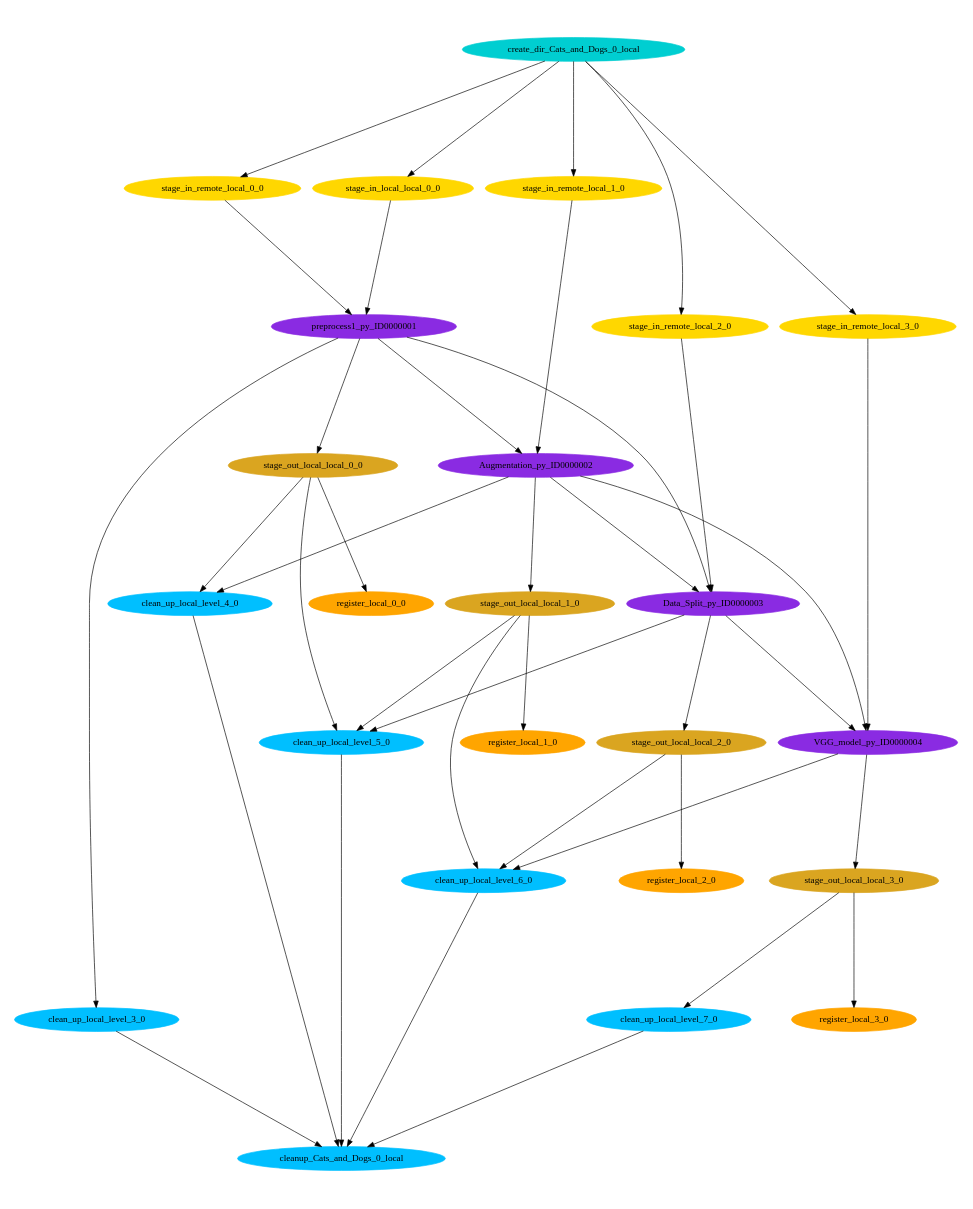
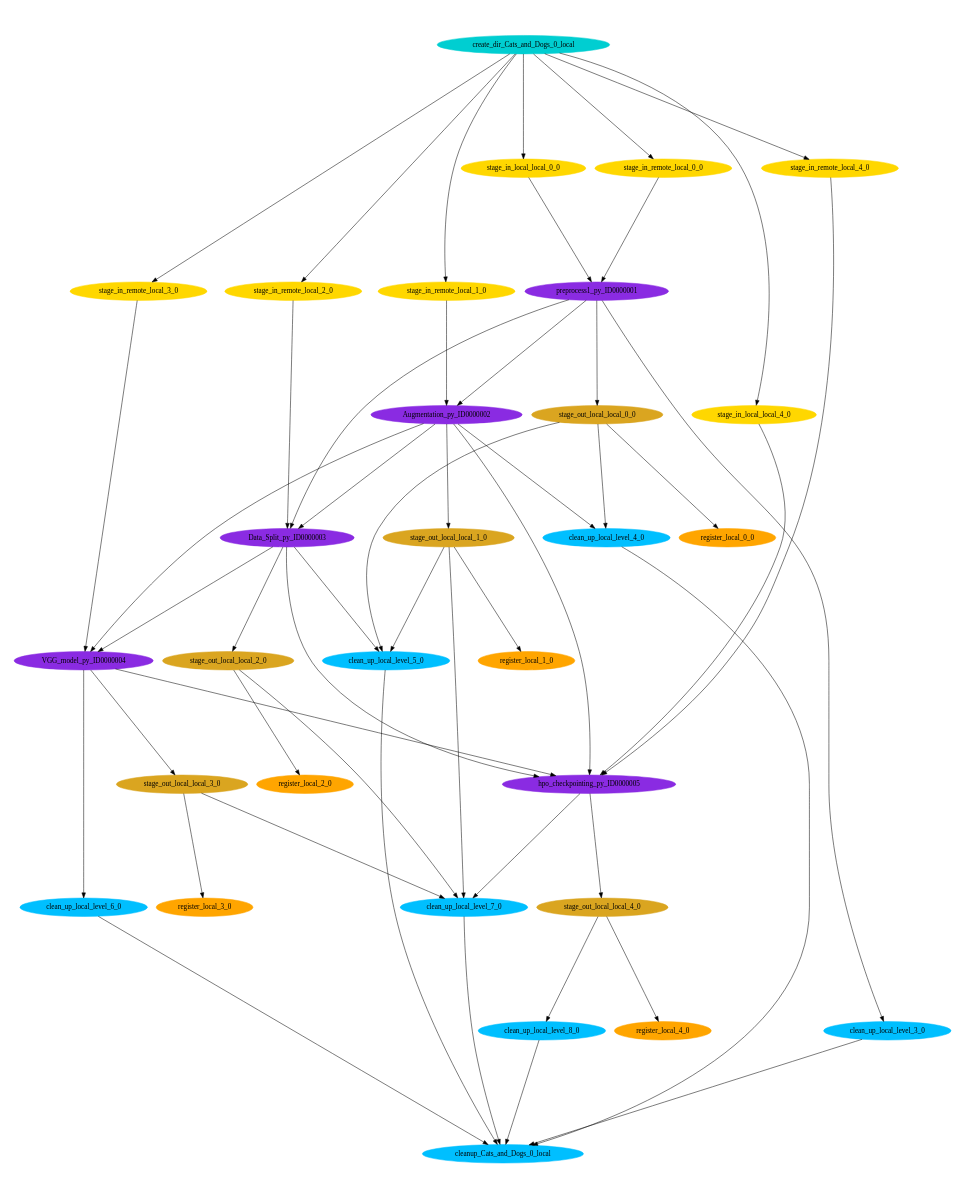
Before and after one commit to ssrujanaa/Scientific-Workflows: the diagram in shared-data/CatsAndDogs/scitech/pegasus/Cats_and_Dogs/run0004/Cats_and_Dogs-0.dot, drawn with Graphviz. The commit also changed 11372 other files, not shown here.

```diff
--- a/shared-data/CatsAndDogs/scitech/pegasus/Cats_and_Dogs/run0004/Cats_and_Dogs-0.dot
+++ b/shared-data/CatsAndDogs/scitech/pegasus/Cats_and_Dogs/run0004/Cats_and_Dogs-0.dot
@@ -1,69 +1,87 @@
 digraph E {
 size="8.0,10.0"
 ratio=fill
 node [shape=ellipse]
 edge [arrowhead=normal, arrowsize=1.0]
 	"stage_in_remote_local_2_0" [color=gold,style=filled,label="stage_in_remote_local_2_0"]
 	"cleanup_Cats_and_Dogs_0_local" [color=deepskyblue,style=filled,label="cleanup_Cats_and_Dogs_0_local"]
 	"stage_in_remote_local_1_0" [color=gold,style=filled,label="stage_in_remote_local_1_0"]
 	"stage_in_remote_local_0_0" [color=gold,style=filled,label="stage_in_remote_local_0_0"]
-	"stage_out_local_local_3_0" [color=goldenrod,style=filled,label="stage_out_local_local_3_0"]
-	"stage_out_local_local_2_0" [color=goldenrod,style=filled,label="stage_out_local_local_2_0"]
-	"stage_out_local_local_1_0" [color=goldenrod,style=filled,label="stage_out_local_local_1_0"]
 	"clean_up_local_level_3_0" [color=deepskyblue,style=filled,label="clean_up_local_level_3_0"]
 	"preprocess1_py_ID0000001" [color=blueviolet,style=filled,label="preprocess1_py_ID0000001"]
-	"VGG_model_py_ID0000004" [color=blueviolet,style=filled,label="VGG_model_py_ID0000004"]
-	"stage_out_local_local_0_0" [color=goldenrod,style=filled,label="stage_out_local_local_0_0"]
+	"stage_in_local_local_4_0" [color=gold,style=filled,label="stage_in_local_local_4_0"]
 	"clean_up_local_level_4_0" [color=deepskyblue,style=filled,label="clean_up_local_level_4_0"]
 	"clean_up_local_level_5_0" [color=deepskyblue,style=filled,label="clean_up_local_level_5_0"]
 	"clean_up_local_level_6_0" [color=deepskyblue,style=filled,label="clean_up_local_level_6_0"]
 	"clean_up_local_level_7_0" [color=deepskyblue,style=filled,label="clean_up_local_level_7_0"]
 	"stage_in_local_local_0_0" [color=gold,style=filled,label="stage_in_local_local_0_0"]
+	"clean_up_local_level_8_0" [color=deepskyblue,style=filled,label="clean_up_local_level_8_0"]
+	"Data_Split_py_ID0000003" [color=blueviolet,style=filled,label="Data_Split_py_ID0000003"]
+	"hpo_checkpointing_py_ID0000005" [color=blueviolet,style=filled,label="hpo_checkpointing_py_ID0000005"]
+	"stage_in_remote_local_4_0" [color=gold,style=filled,label="stage_in_remote_local_4_0"]
+	"stage_in_remote_local_3_0" [color=gold,style=filled,label="stage_in_remote_local_3_0"]
+	"stage_out_local_local_4_0" [color=goldenrod,style=filled,label="stage_out_local_local_4_0"]
+	"stage_out_local_local_3_0" [color=goldenrod,style=filled,label="stage_out_local_local_3_0"]
+	"stage_out_local_local_2_0" [color=goldenrod,style=filled,label="stage_out_local_local_2_0"]
+	"stage_out_local_local_1_0" [color=goldenrod,style=filled,label="stage_out_local_local_1_0"]
+	"VGG_model_py_ID0000004" [color=blueviolet,style=filled,label="VGG_model_py_ID0000004"]
+	"stage_out_local_local_0_0" [color=goldenrod,style=filled,label="stage_out_local_local_0_0"]
 	"Augmentation_py_ID0000002" [color=blueviolet,style=filled,label="Augmentation_py_ID0000002"]
-	"Data_Split_py_ID0000003" [color=blueviolet,style=filled,label="Data_Split_py_ID0000003"]
 	"create_dir_Cats_and_Dogs_0_local" [color=darkturquoise,style=filled,label="create_dir_Cats_and_Dogs_0_local"]
+	"register_local_4_0" [color=orange,style=filled,label="register_local_4_0"]
 	"register_local_3_0" [color=orange,style=filled,label="register_local_3_0"]
 	"register_local_2_0" [color=orange,style=filled,label="register_local_2_0"]
 	"register_local_1_0" [color=orange,style=filled,label="register_local_1_0"]
 	"register_local_0_0" [color=orange,style=filled,label="register_local_0_0"]
-	"stage_in_remote_local_3_0" [color=gold,style=filled,label="stage_in_remote_local_3_0"]
 
 	"stage_in_remote_local_2_0" -> "Data_Split_py_ID0000003"
 	"stage_in_remote_local_1_0" -> "Augmentation_py_ID0000002"
 	"stage_in_remote_local_0_0" -> "preprocess1_py_ID0000001"
-	"stage_out_local_local_3_0" -> "register_local_3_0"
-	"stage_out_local_local_3_0" -> "clean_up_local_level_7_0"
-	"stage_out_local_local_2_0" -> "register_local_2_0"
-	"stage_out_local_local_2_0" -> "clean_up_local_level_6_0"
-	"stage_out_local_local_1_0" -> "register_local_1_0"
-	"stage_out_local_local_1_0" -> "clean_up_local_level_5_0"
-	"stage_out_local_local_1_0" -> "clean_up_local_level_6_0"
 	"clean_up_local_level_3_0" -> "cleanup_Cats_and_Dogs_0_local"
 	"preprocess1_py_ID0000001" -> "Augmentation_py_ID0000002"
 	"preprocess1_py_ID0000001" -> "Data_Split_py_ID0000003"
 	"preprocess1_py_ID0000001" -> "clean_up_local_level_3_0"
 	"preprocess1_py_ID0000001" -> "stage_out_local_local_0_0"
-	"VGG_model_py_ID0000004" -> "stage_out_local_local_3_0"
-	"VGG_model_py_ID0000004" -> "clean_up_local_level_6_0"
-	"stage_out_local_local_0_0" -> "register_local_0_0"
-	"stage_out_local_local_0_0" -> "clean_up_local_level_4_0"
-	"stage_out_local_local_0_0" -> "clean_up_local_level_5_0"
+	"stage_in_local_local_4_0" -> "hpo_checkpointing_py_ID0000005"
 	"clean_up_local_level_4_0" -> "cleanup_Cats_and_Dogs_0_local"
 	"clean_up_local_level_5_0" -> "cleanup_Cats_and_Dogs_0_local"
 	"clean_up_local_level_6_0" -> "cleanup_Cats_and_Dogs_0_local"
 	"clean_up_local_level_7_0" -> "cleanup_Cats_and_Dogs_0_local"
 	"stage_in_local_local_0_0" -> "preprocess1_py_ID0000001"
+	"clean_up_local_level_8_0" -> "cleanup_Cats_and_Dogs_0_local"
+	"Data_Split_py_ID0000003" -> "stage_out_local_local_2_0"
+	"Data_Split_py_ID0000003" -> "VGG_model_py_ID0000004"
+	"Data_Split_py_ID0000003" -> "hpo_checkpointing_py_ID0000005"
+	"Data_Split_py_ID0000003" -> "clean_up_local_level_5_0"
+	"hpo_checkpointing_py_ID0000005" -> "stage_out_local_local_4_0"
+	"hpo_checkpointing_py_ID0000005" -> "clean_up_local_level_7_0"
+	"stage_in_remote_local_4_0" -> "hpo_checkpointing_py_ID0000005"
+	"stage_in_remote_local_3_0" -> "VGG_model_py_ID0000004"
+	"stage_out_local_local_4_0" -> "register_local_4_0"
+	"stage_out_local_local_4_0" -> "clean_up_local_level_8_0"
+	"stage_out_local_local_3_0" -> "register_local_3_0"
+	"stage_out_local_local_3_0" -> "clean_up_local_level_7_0"
+	"stage_out_local_local_2_0" -> "register_local_2_0"
+	"stage_out_local_local_2_0" -> "clean_up_local_level_7_0"
+	"stage_out_local_local_1_0" -> "register_local_1_0"
+	"stage_out_local_local_1_0" -> "clean_up_local_level_5_0"
+	"stage_out_local_local_1_0" -> "clean_up_local_level_7_0"
+	"VGG_model_py_ID0000004" -> "stage_out_local_local_3_0"
+	"VGG_model_py_ID0000004" -> "hpo_checkpointing_py_ID0000005"
+	"VGG_model_py_ID0000004" -> "clean_up_local_level_6_0"
+	"stage_out_local_local_0_0" -> "register_local_0_0"
+	"stage_out_local_local_0_0" -> "clean_up_local_level_4_0"
+	"stage_out_local_local_0_0" -> "clean_up_local_level_5_0"
 	"Augmentation_py_ID0000002" -> "Data_Split_py_ID0000003"
 	"Augmentation_py_ID0000002" -> "stage_out_local_local_1_0"
 	"Augmentation_py_ID0000002" -> "VGG_model_py_ID0000004"
 	"Augmentation_py_ID0000002" -> "clean_up_local_level_4_0"
-	"Data_Split_py_ID0000003" -> "stage_out_local_local_2_0"
-	"Data_Split_py_ID0000003" -> "VGG_model_py_ID0000004"
-	"Data_Split_py_ID0000003" -> "clean_up_local_level_5_0"
+	"Augmentation_py_ID0000002" -> "hpo_checkpointing_py_ID0000005"
 	"create_dir_Cats_and_Dogs_0_local" -> "stage_in_remote_local_2_0"
 	"create_dir_Cats_and_Dogs_0_local" -> "stage_in_remote_local_1_0"
 	"create_dir_Cats_and_Dogs_0_local" -> "stage_in_remote_local_0_0"
+	"create_dir_Cats_and_Dogs_0_local" -> "stage_in_local_local_4_0"
 	"create_dir_Cats_and_Dogs_0_local" -> "stage_in_local_local_0_0"
+	"create_dir_Cats_and_Dogs_0_local" -> "stage_in_remote_local_4_0"
 	"create_dir_Cats_and_Dogs_0_local" -> "stage_in_remote_local_3_0"
-	"stage_in_remote_local_3_0" -> "VGG_model_py_ID0000004"
 }
```
